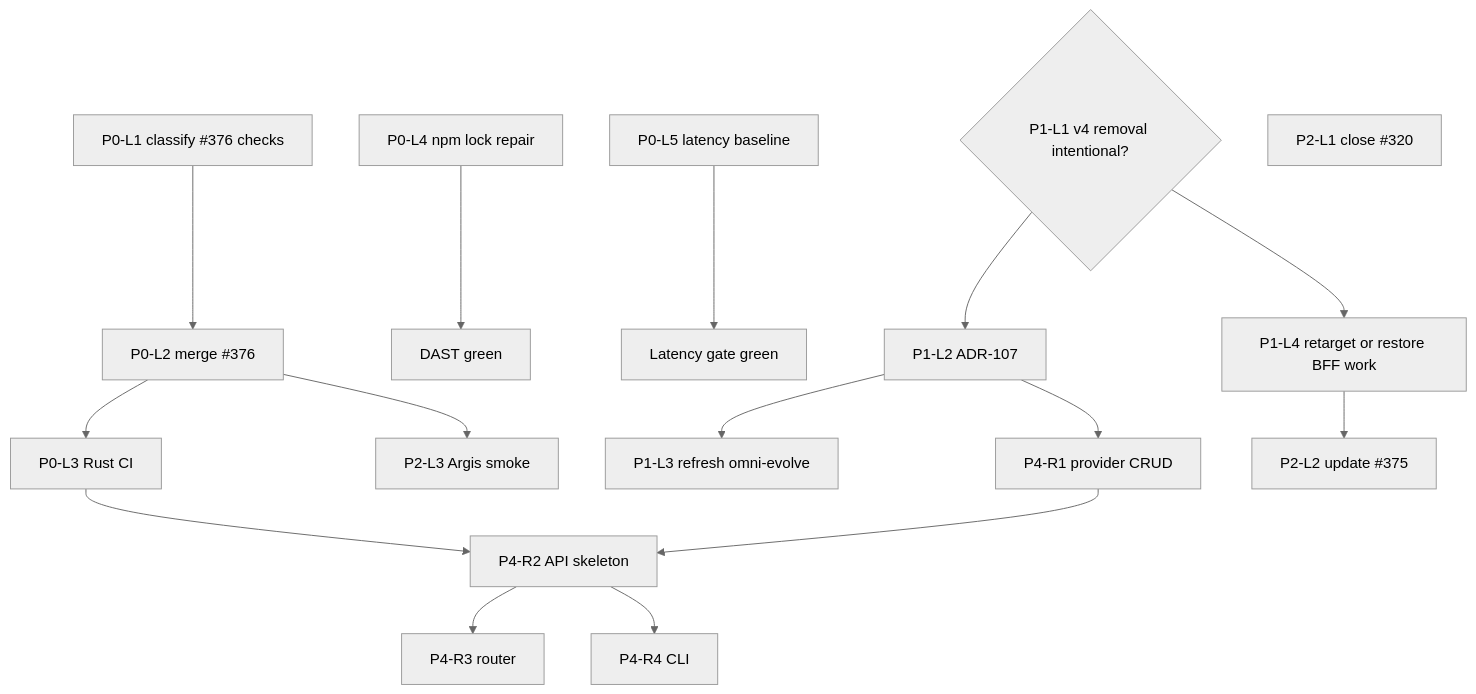
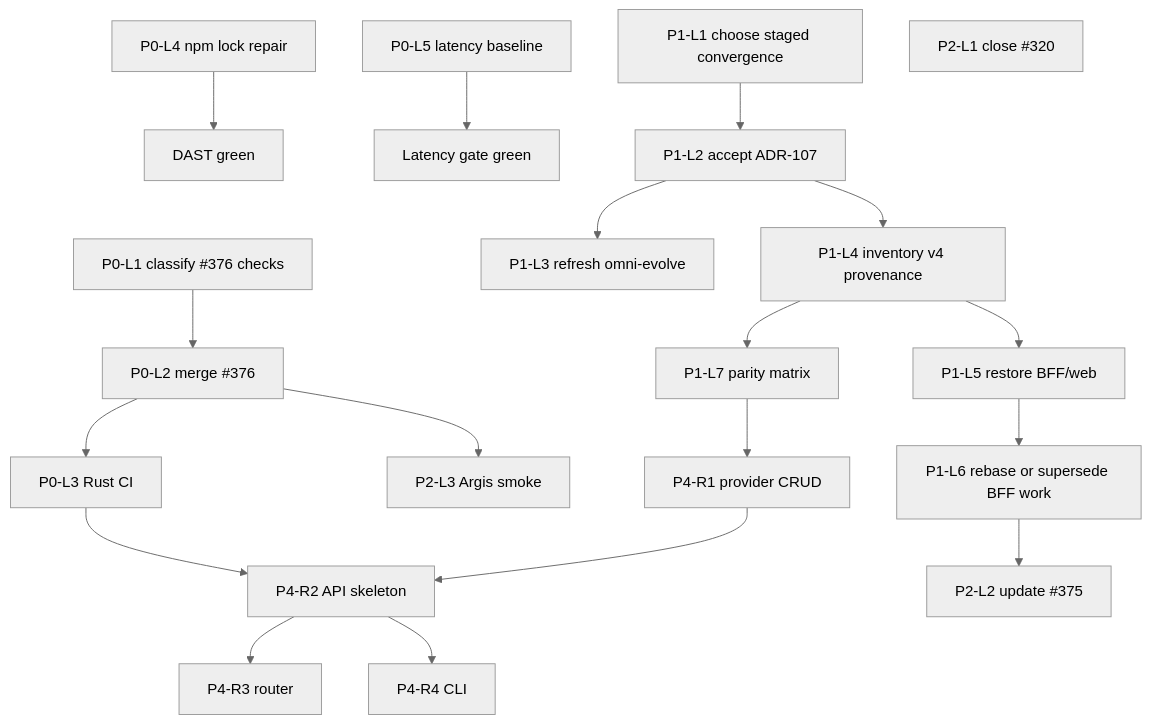
Before and after one commit to KooshaPari/OmniRoute: the diagram in plans/2026-07-17-proc2-wbs-pert-dag.md, drawn with Mermaid (neutral theme). The commit also changed other lines of this file and 3 other files, not shown here.

Commit message:
docs(adr): select staged v4-to-Rust convergence

````diff
--- a/plans/2026-07-17-proc2-wbs-pert-dag.md
+++ b/plans/2026-07-17-proc2-wbs-pert-dag.md
@@ -73,22 +76,25 @@
 ```mermaid
 flowchart TD
   C376[P0-L1 classify #376 checks] --> M376[P0-L2 merge #376]
   M376 --> RCI[P0-L3 Rust CI]
   M376 --> ARG[P2-L3 Argis smoke]
   NPM[P0-L4 npm lock repair] --> DAST[DAST green]
   LAT[P0-L5 latency baseline] --> REST[Latency gate green]
 
-  DEC{P1-L1 v4 removal intentional?}
-  DEC --> ADR[P1-L2 ADR-107]
+  DEC[P1-L1 choose staged convergence]
+  DEC --> ADR[P1-L2 accept ADR-107]
   ADR --> DAG[P1-L3 refresh omni-evolve]
-  DEC --> BFF[P1-L4 retarget or restore BFF work]
+  ADR --> INV[P1-L4 inventory v4 provenance]
+  INV --> RESTORE[P1-L5 restore BFF/web]
+  RESTORE --> BFF[P1-L6 rebase or supersede BFF work]
+  INV --> MATRIX[P1-L7 parity matrix]
 
-  ADR --> CRUD[P4-R1 provider CRUD]
+  MATRIX --> CRUD[P4-R1 provider CRUD]
   RCI --> API[P4-R2 API skeleton]
   CRUD --> API
   API --> ROUTER[P4-R3 router]
   API --> CLI[P4-R4 CLI]
 
   CLOSE320[P2-L1 close #320]
   BFF --> NOTE375[P2-L2 update #375]
 ```
````
